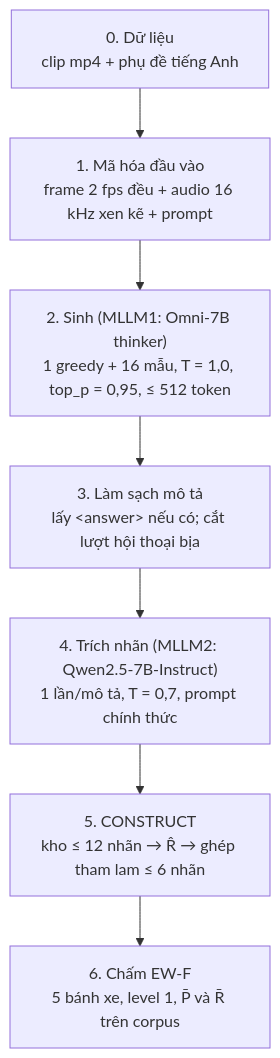
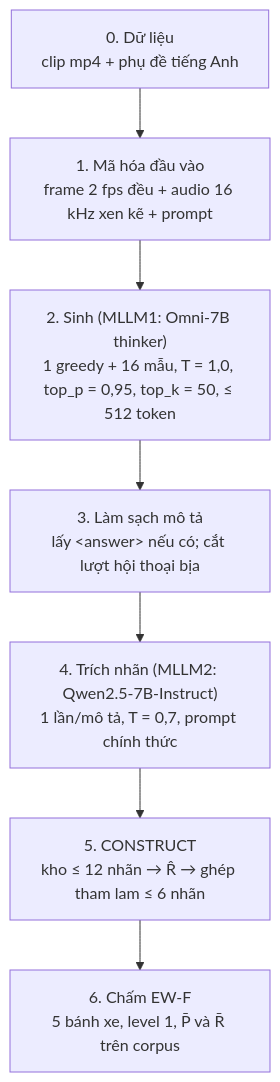
Before and after one commit to ptrnghieu/icme: the diagram in ideas/F1_pipeline_bottlenecks_2026-11-28.md, drawn with Mermaid. The commit also changed other lines of this file and 10 other files, not shown here.

````diff
--- a/ideas/F1_pipeline_bottlenecks_2026-11-28.md
+++ b/ideas/F1_pipeline_bottlenecks_2026-11-28.md
@@ -13,9 +13,9 @@
 ```mermaid
 flowchart TD
     D0["0. Dữ liệu<br/>clip mp4 + phụ đề tiếng Anh"] --> D1["1. Mã hóa đầu vào<br/>frame 2 fps đều + audio 16 kHz xen kẽ + prompt"]
-    D1 --> D2["2. Sinh (MLLM1: Omni-7B thinker)<br/>1 greedy + 16 mẫu, T = 1,0, top_p = 0,95, ≤ 512 token"]
+    D1 --> D2["2. Sinh (MLLM1: Omni-7B thinker)<br/>1 greedy + 16 mẫu, T = 1,0, top_p = 0,95, top_k = 50, ≤ 512 token"]
     D2 --> D3["3. Làm sạch mô tả<br/>lấy &lt;answer&gt; nếu có; cắt lượt hội thoại bịa"]
     D3 --> D4["4. Trích nhãn (MLLM2: Qwen2.5-7B-Instruct)<br/>1 lần/mô tả, T = 0,7, prompt chính thức"]
     D4 --> D5["5. CONSTRUCT<br/>kho ≤ 12 nhãn → R̂ → ghép tham lam ≤ 6 nhãn"]
     D5 --> D6["6. Chấm EW-F<br/>5 bánh xe, level 1, P̄ và R̄ trên corpus"]
 ```
````
